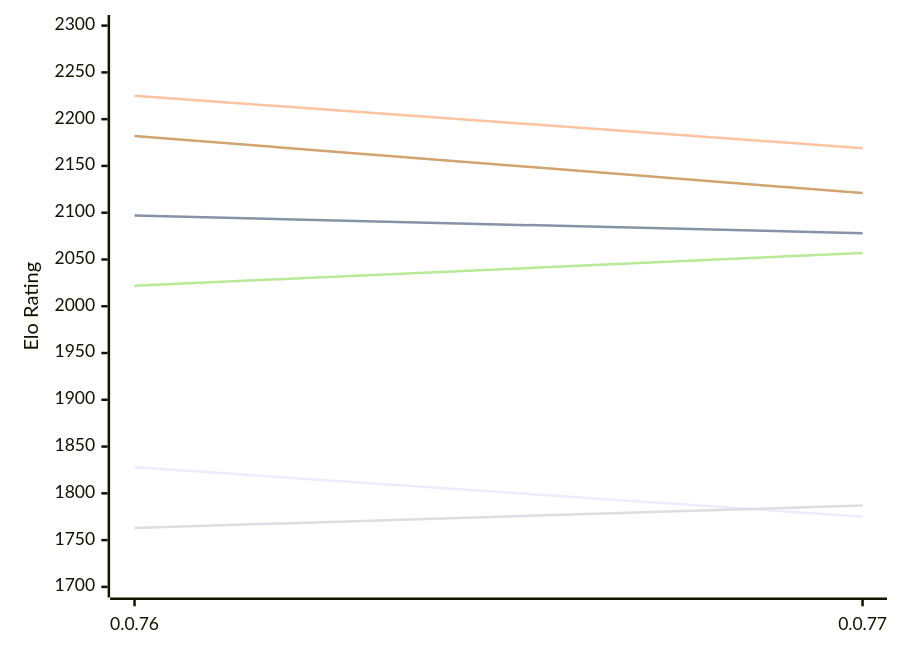
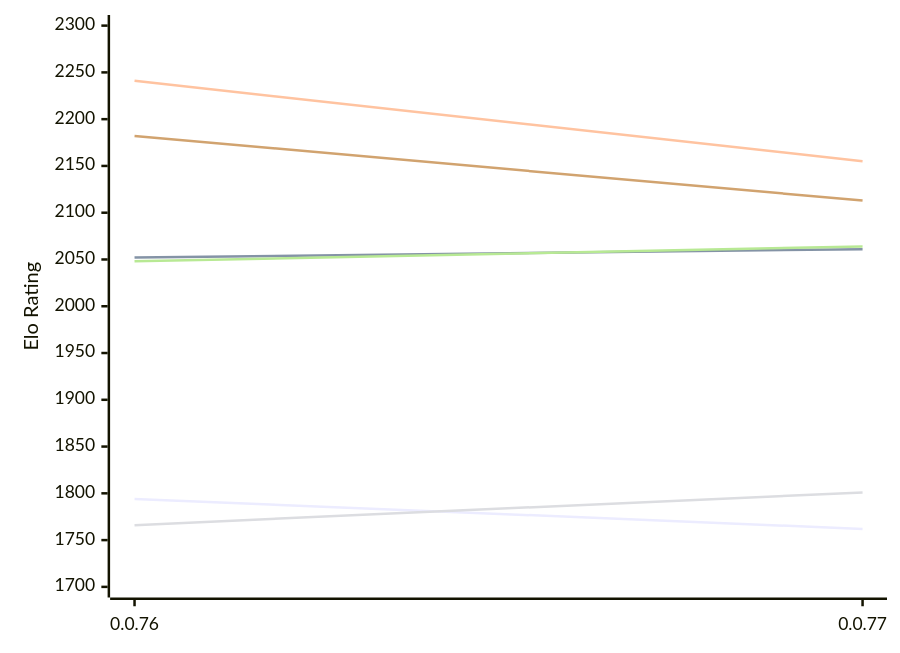
The first of 2 diagrams in engines/Fktb.md (computer-chess-index/cci), drawn with Mermaid before and after one commit. The commit also changed other lines of this file, not shown here.

Commit message:
Update CCI Ratings (ELO VLTC) - 2026-11-15

````diff
--- a/engines/Fktb.md
+++ b/engines/Fktb.md
@@ -50,12 +50,12 @@
 ```mermaid
 %%{init: {"theme":"base","themeVariables":{"seriesColors:['#a3a3a3','#222221','#faa371']}}}%%
 xychart-beta
   x-axis ["0.0.76", "0.0.77"]
   y-axis "Elo Rating" 1700 --> 2300
-  line "E1: STC (8.0+0.08s)" [1828, 1775]
-  line "E1: LTC (60.0+0.60s)" [2097, 2078]
-  line "E1: VLTC (2m24s+1.12s)" [2225, 2169]
-  line "P1: STC (8.0+0.08s)" [1763, 1787]
-  line "P1: LTC (60.0+0.60s)" [2022, 2057]
-  line "P1: VLTC (2m24s+1.12s)" [2182, 2121]
+  line "E1: STC (8.0+0.08s)" [1794, 1762]
+  line "E1: LTC (60.0+0.60s)" [2052, 2061]
+  line "E1: VLTC (2m24s+1.12s)" [2241, 2155]
+  line "P1: STC (8.0+0.08s)" [1766, 1801]
+  line "P1: LTC (60.0+0.60s)" [2048, 2064]
+  line "P1: VLTC (2m24s+1.12s)" [2182, 2113]
 ```
````
